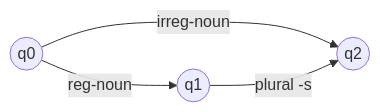
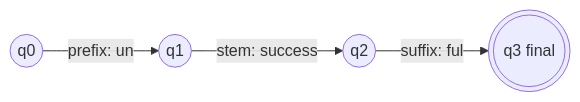
One commit to TrendySloth1001/sem-seven-notes changed the diagram in content/natural-language-processing/pyq/2022-12-ce/q2a.hi.mdx. Above: the diagram before and after it, drawn with Mermaid. The commit also changed other lines of this file and 406 other files, not shown here.

````diff
--- a/content/natural-language-processing/pyq/2022-12-ce/q2a.hi.mdx
+++ b/content/natural-language-processing/pyq/2022-12-ce/q2a.hi.mdx
@@ -29,7 +13,7 @@
 ```mermaid
-%% caption: Regular nouns ka FSA. Plural -s optional hai; irregular nouns poore rakhe jaate hain. q1 aur q2 final hain.
+%% caption: Stem success ka class FSA. un (prefix), success (stem) aur ful (suffix) padhne par final state aati hai, isliye unsuccessful accept hota hai.
 flowchart LR
-  S(("q0")) -- "reg-noun" --> A(("q1"))
-  S -- "irreg-noun" --> B(("q2"))
-  A -- "plural -s" --> B
+  S(("q0")) -- "prefix: un" --> A(("q1"))
+  A -- "stem: success" --> B(("q2"))
+  B -- "suffix: ful" --> C((("q3 final")))
 ```
````
